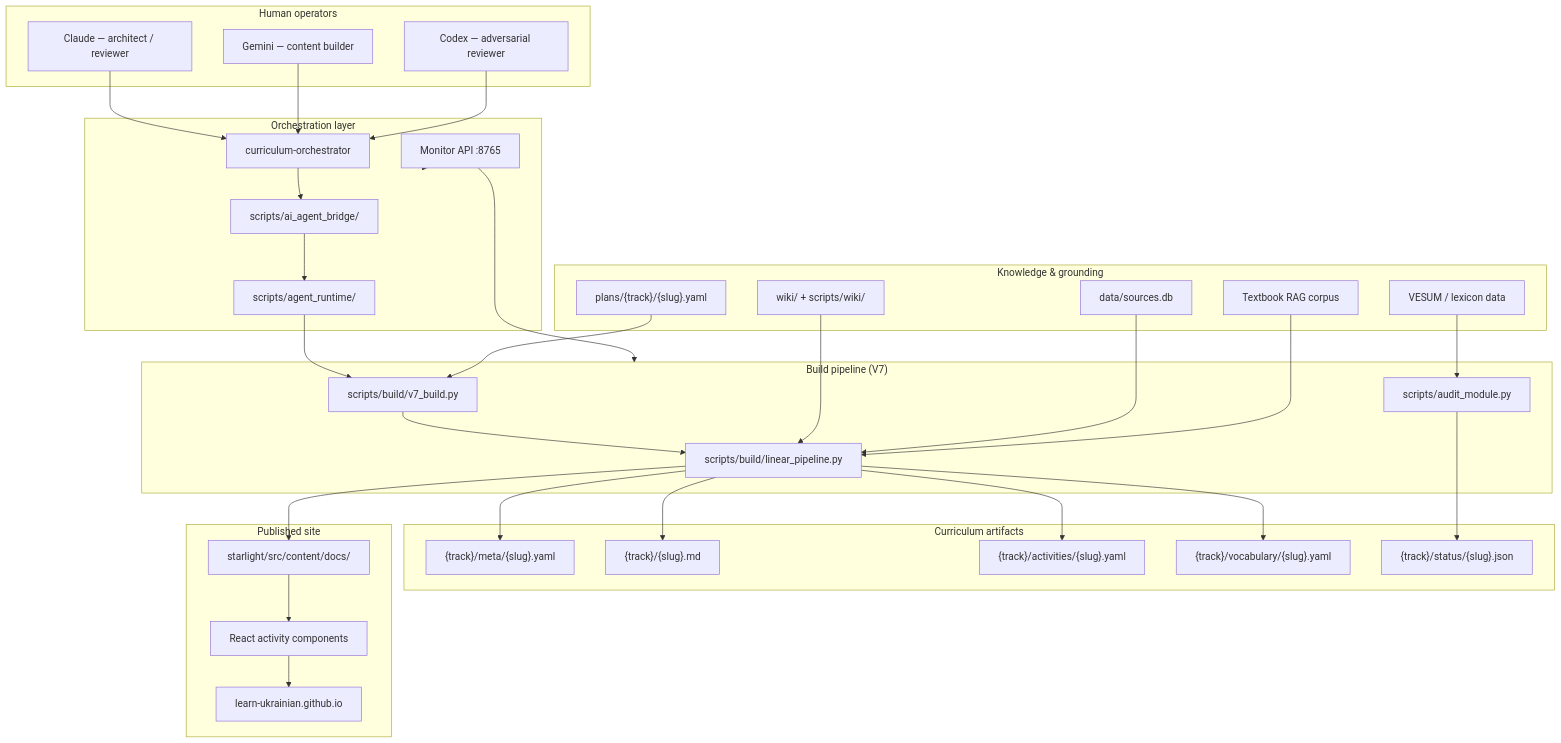
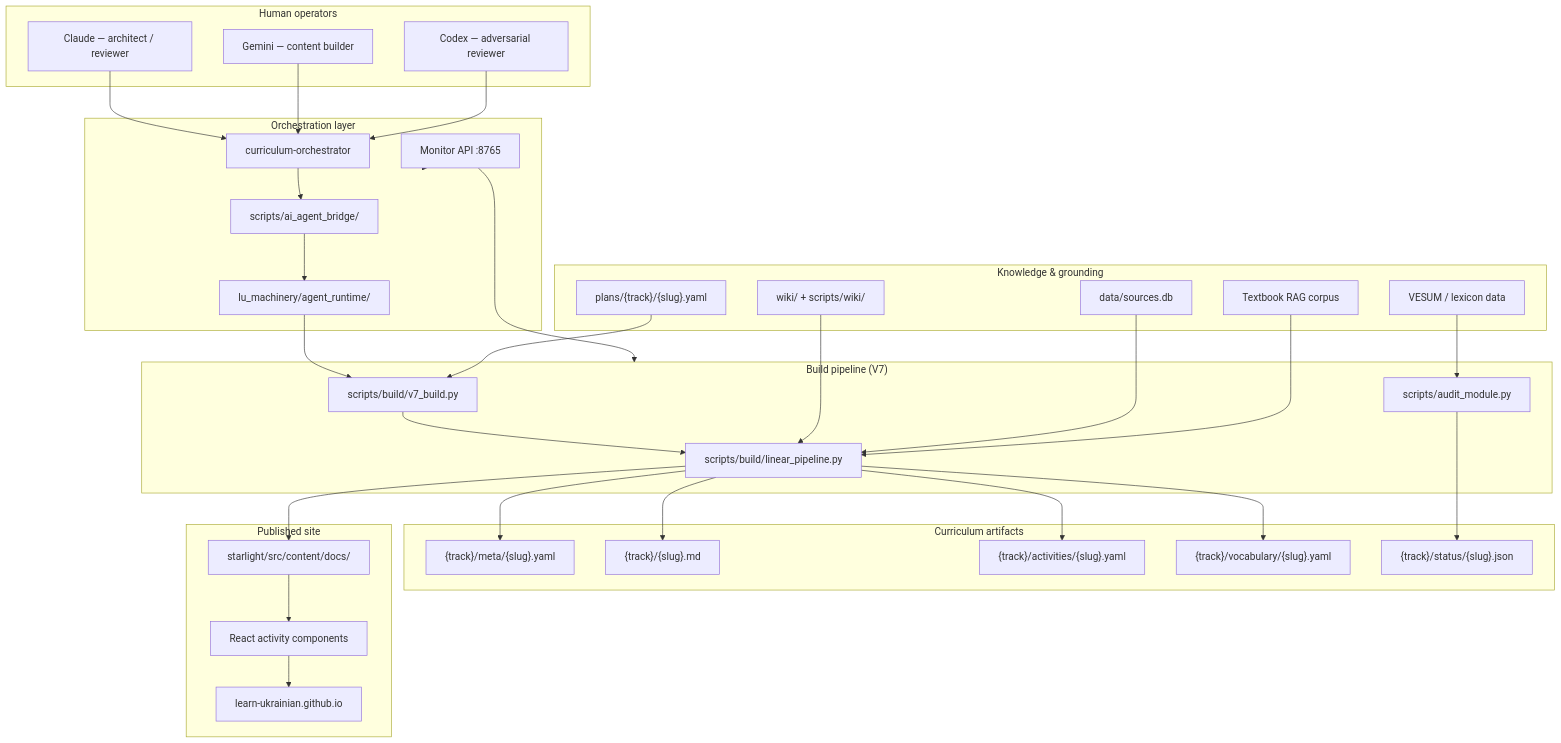
One commit to learn-ukrainian/learn-ukrainian.github.io changed the first of 8 diagrams in docs/architecture/codebase-diagram.md. Above: the diagram before and after it, drawn with Mermaid. The commit also changed other lines of this file and 22 other files, not shown here.

````diff
--- a/docs/architecture/codebase-diagram.md
+++ b/docs/architecture/codebase-diagram.md
@@ -13,66 +13,66 @@
 ```mermaid
 flowchart TB
     subgraph Human["Human operators"]
         Architect["Claude — architect / reviewer"]
         Builder["Gemini — content builder"]
         Reviewer["Codex — adversarial reviewer"]
     end
 
     subgraph Orchestration["Orchestration layer"]
         Bridge["scripts/ai_agent_bridge/"]
-        Runtime["scripts/agent_runtime/"]
+        Runtime["lu_machinery/agent_runtime/"]
         Monitor["Monitor API :8765"]
         Orchestrator["curriculum-orchestrator"]
     end
 
     subgraph Build["Build pipeline (V7)"]
         V7["scripts/build/v7_build.py"]
         Linear["scripts/build/linear_pipeline.py"]
         Audit["scripts/audit_module.py"]
     end
 
     subgraph Knowledge["Knowledge & grounding"]
         Plans["plans/{track}/{slug}.yaml"]
         Wiki["wiki/ + scripts/wiki/"]
         RAG["data/sources.db"]
         VESUM["VESUM / lexicon data"]
         Textbooks["Textbook RAG corpus"]
     end
 
     subgraph Content["Curriculum artifacts"]
         Meta["{track}/meta/{slug}.yaml"]
         MD["{track}/{slug}.md"]
         Acts["{track}/activities/{slug}.yaml"]
         Vocab["{track}/vocabulary/{slug}.yaml"]
         Status["{track}/status/{slug}.json"]
     end
 
     subgraph Publish["Published site"]
         MDX["starlight/src/content/docs/"]
         Components["React activity components"]
         Site["learn-ukrainian.github.io"]
     end
 
     Architect --> Orchestrator
     Builder --> Orchestrator
     Reviewer --> Orchestrator
     Orchestrator --> Bridge
     Bridge --> Runtime
     Runtime --> V7
     V7 --> Linear
     Plans --> V7
     Wiki --> Linear
     RAG --> Linear
     VESUM --> Audit
     Textbooks --> Linear
     Linear --> Meta
     Linear --> MD
     Linear --> Acts
     Linear --> Vocab
     Linear --> MDX
     Audit --> Status
     MDX --> Components
     Components --> Site
     Monitor --> Orchestration
     Monitor --> Build
 ```
````
